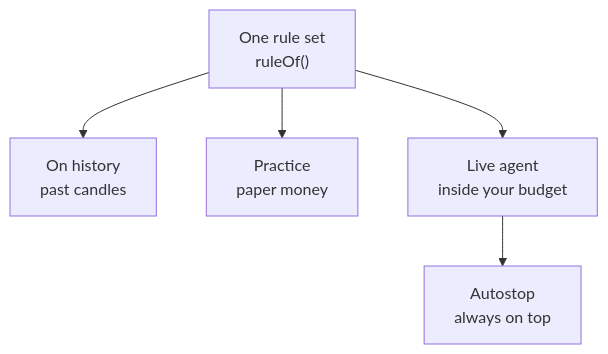
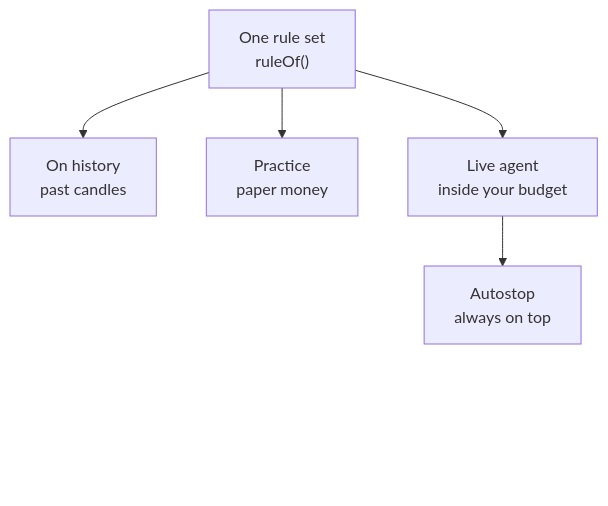
Before and after one commit to ryntra-io/ryntra-solana: the eighth of 14 diagrams in LEARN.md, drawn with Mermaid. The commit also changed other lines of this file and 1717 other files, not shown here.

````diff
--- a/LEARN.md
+++ b/LEARN.md
@@ -365,7 +385,10 @@
 ```mermaid
 flowchart TD
   R["One rule set<br/>ruleOf()"] --> H["On history<br/>past candles"]
   R --> P["Practice<br/>paper money"]
   R --> L["Live agent<br/>inside your budget"]
   L --> A["Autostop<br/>always on top"]
+  %% An empty block: GitHub draws its pan and zoom buttons over a diagram's bottom right corner.
+  A ~~~ room["#8195;<br/>#8195;<br/>#8195;"]
+  style room fill:none,stroke:none
 ```
````
